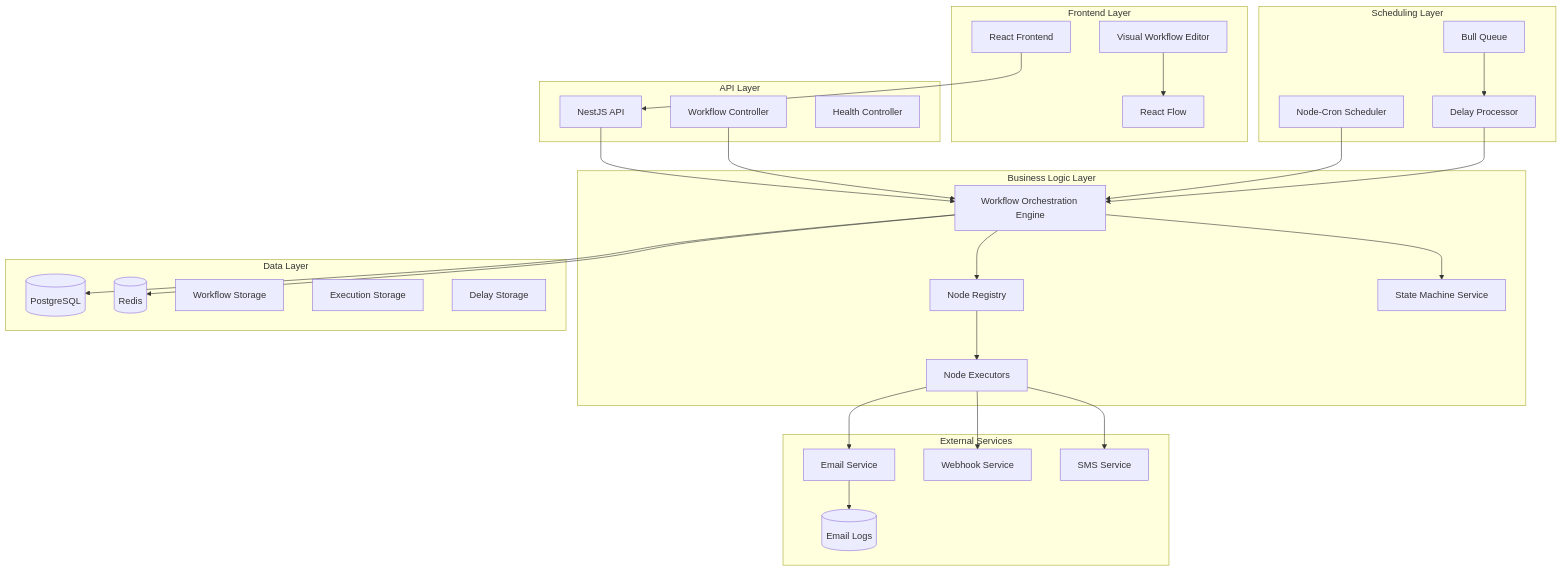
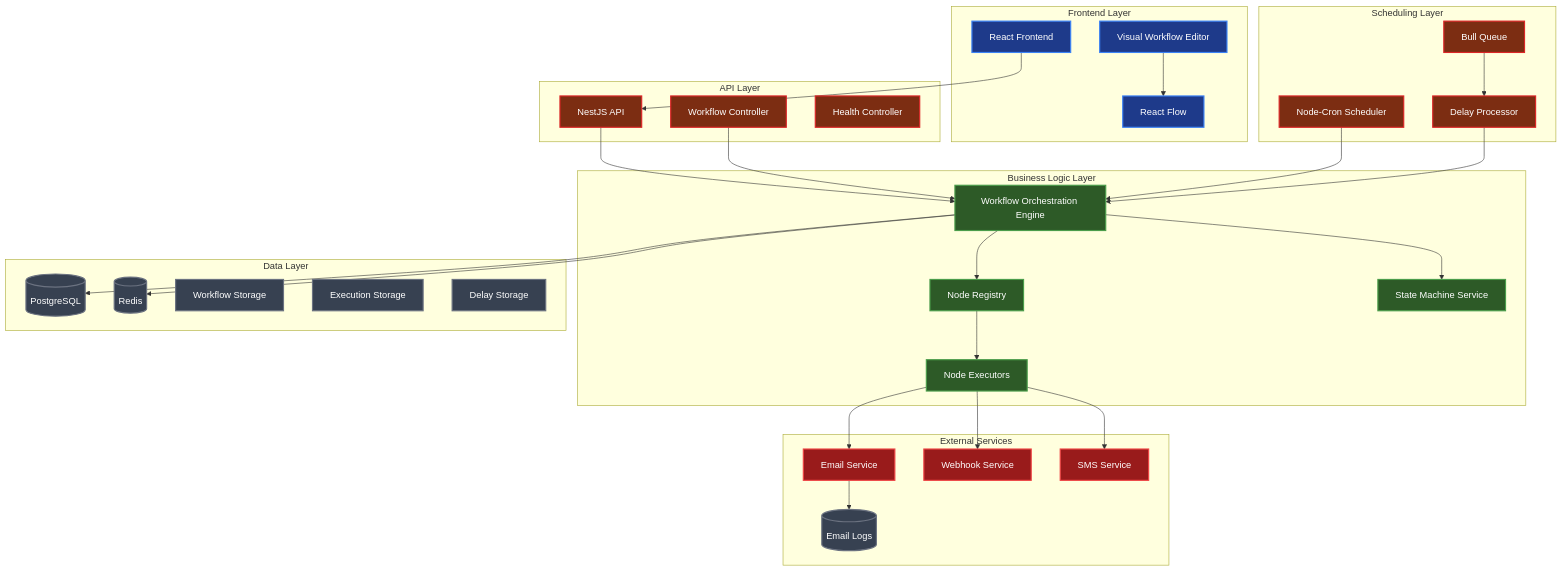
One commit to mdasrafkhan/workflow-me changed the first of 7 diagrams in README.md. Above: the diagram before and after it, drawn with Mermaid. The commit also changed other lines of this file and 37 other files, not shown here.

````diff
--- a/README.md
+++ b/README.md
@@ -35,59 +35,74 @@
 ```mermaid
 graph TB
     subgraph "Frontend Layer"
         UI[React Frontend]
         VWE[Visual Workflow Editor]
         RF[React Flow]
     end
 
     subgraph "API Layer"
         API[NestJS API]
         WC[Workflow Controller]
         HC[Health Controller]
     end
 
     subgraph "Business Logic Layer"
         WOE[Workflow Orchestration Engine]
         NR[Node Registry]
         NE[Node Executors]
         SM[State Machine Service]
     end
 
     subgraph "Scheduling Layer"
         CRON[Node-Cron Scheduler]
         BQ[Bull Queue]
         DP[Delay Processor]
     end
 
     subgraph "Data Layer"
         PG[(PostgreSQL)]
         RD[(Redis)]
         WF[Workflow Storage]
         EX[Execution Storage]
         DL[Delay Storage]
     end
 
     subgraph "External Services"
         EMAIL[Email Service]
         EMAIL_LOG[(Email Logs)]
         WEBHOOK[Webhook Service]
         SMS[SMS Service]
     end
 
     UI --> API
     VWE --> RF
     API --> WOE
     WC --> WOE
     WOE --> NR
     NR --> NE
     WOE --> SM
     CRON --> WOE
     BQ --> DP
     DP --> WOE
     WOE --> PG
     WOE --> RD
     NE --> EMAIL
     EMAIL --> EMAIL_LOG
     NE --> WEBHOOK
     NE --> SMS
+
+    %% Styling
+    classDef frontend fill:#1e3a8a,stroke:#3b82f6,stroke-width:2px,color:#ffffff
+    classDef api fill:#7c2d12,stroke:#dc2626,stroke-width:2px,color:#ffffff
+    classDef business fill:#2d5a27,stroke:#4a9d4a,stroke-width:2px,color:#ffffff
+    classDef scheduling fill:#7c2d12,stroke:#dc2626,stroke-width:2px,color:#ffffff
+    classDef data fill:#374151,stroke:#6b7280,stroke-width:2px,color:#ffffff
+    classDef external fill:#991b1b,stroke:#ef4444,stroke-width:2px,color:#ffffff
+
+    class UI,VWE,RF frontend
+    class API,WC,HC api
+    class WOE,NR,NE,SM business
+    class CRON,BQ,DP scheduling
+    class PG,RD,WF,EX,DL,EMAIL_LOG data
+    class EMAIL,WEBHOOK,SMS external
 ```
````
